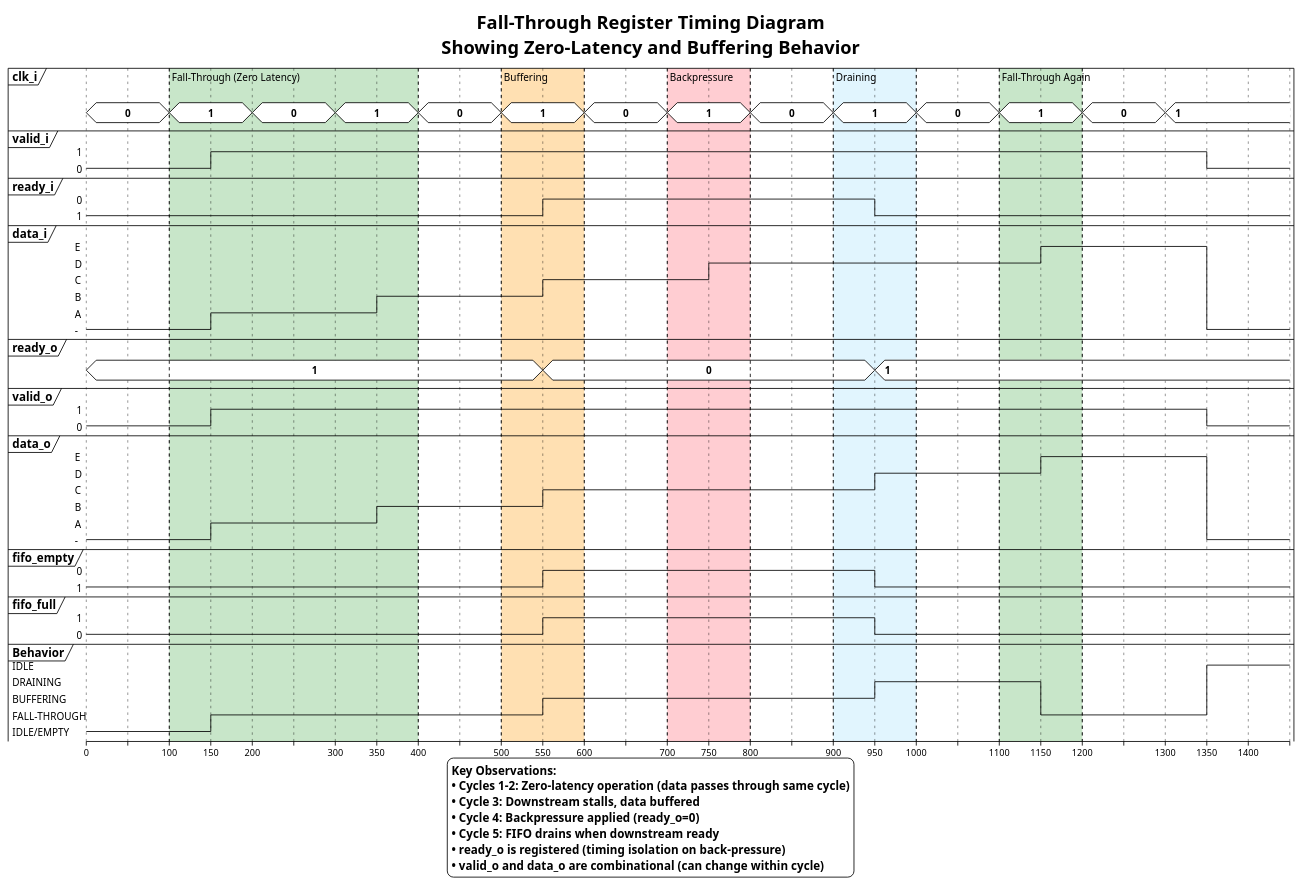
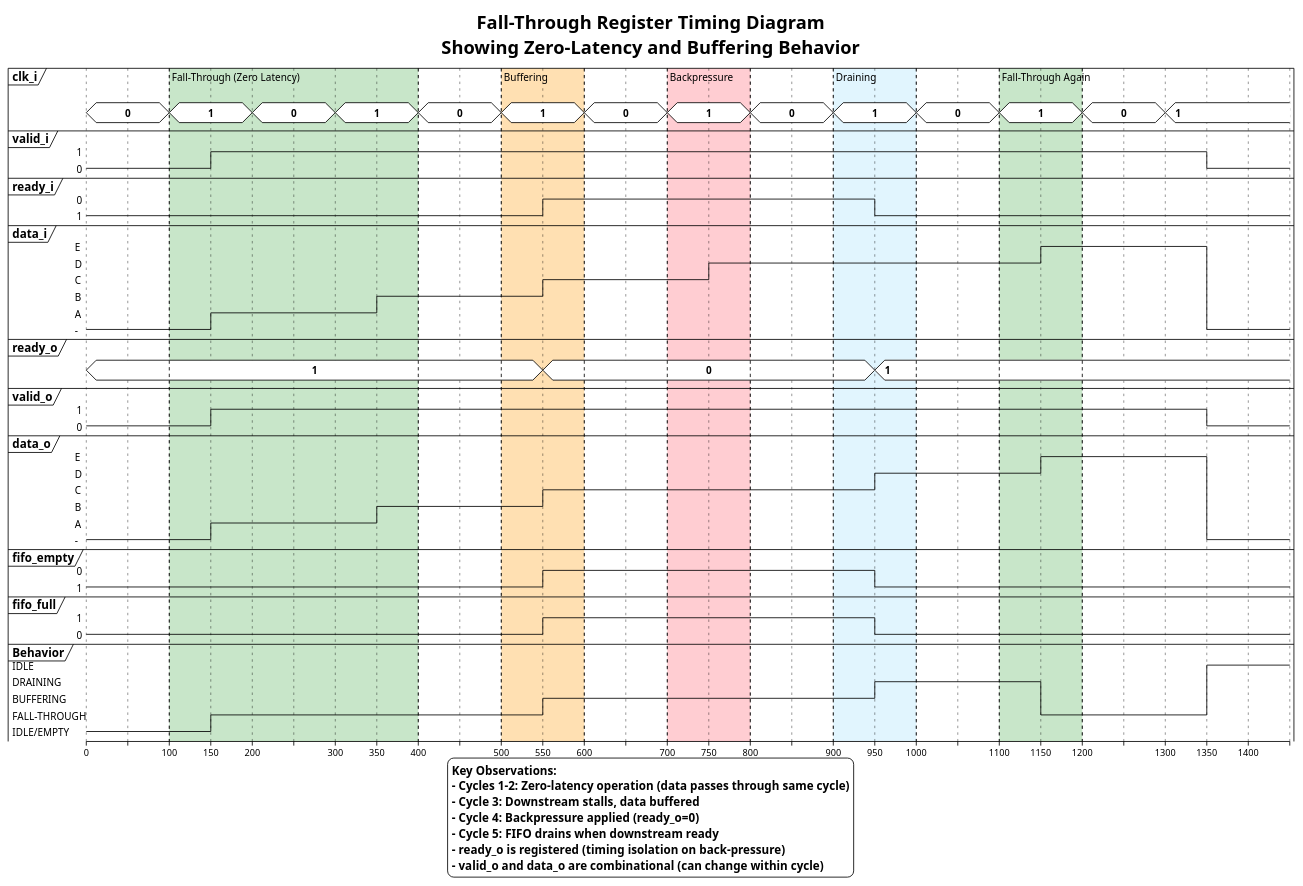
One commit to npcarter2025/axi-apb-bridge-uvm changed the diagram in docs/diagrams/fall_through_register/timing.puml. Above: the diagram before and after it, drawn with PlantUML. The commit also changed 5 other files, not shown here.

```diff
--- a/docs/diagrams/fall_through_register/timing.puml
+++ b/docs/diagrams/fall_through_register/timing.puml
@@ -1,141 +1,141 @@
 @startuml fall_through_register_timing
 !theme plain
 skinparam backgroundColor #FFFFFF
 skinparam shadowing false
 
 title Fall-Through Register Timing Diagram\nShowing Zero-Latency and Buffering Behavior
 
 concise "clk_i" as clk
 robust "valid_i" as valid_i
 robust "ready_i" as ready_i
 robust "data_i" as data_i
 concise "ready_o" as ready_o
 robust "valid_o" as valid_o
 robust "data_o" as data_o
 robust "fifo_empty" as empty
 robust "fifo_full" as full
 robust "Behavior" as behavior
 
 @0
 clk is 0
 valid_i is 0
 ready_i is 1
 data_i is "-"
 ready_o is 1
 valid_o is 0
 data_o is "-"
 empty is 1
 full is 0
 behavior is "IDLE/EMPTY"
 
 ' Cycle 1: Fall-through scenario (downstream ready)
 @100
 clk is 1
 @150
 valid_i is 1
 data_i is "A"
 valid_o is 1
 data_o is "A"
 behavior is "FALL-THROUGH"
 
 note bottom of behavior : Zero Latency: Data A passes through immediately\nbecause FIFO is empty and ready_i=1
 
 @200
 clk is 0
 
 ' Cycle 2: Continue fall-through
 @300
 clk is 1
 @350
 data_i is "B"
 data_o is "B"
 
 @400
 clk is 0
 
 ' Cycle 3: Downstream stalls - buffer fills
 @500
 clk is 1
 @550
 ready_i is 0
 data_i is "C"
 data_o is "C"
 ready_o is 0
 empty is 0
 full is 1
 behavior is "BUFFERING"
 
 note bottom of behavior : Data C stored: Downstream not ready,\ndata buffered in FIFO, ready_o drops
 
 @600
 clk is 0
 
 ' Cycle 4: FIFO full, cannot accept new data
 @700
 clk is 1
 @750
 data_i is "D"
 valid_o is 1
 data_o is "C"
 
 note bottom of behavior : Backpressure: FIFO full, ready_o=0\nData D rejected, output still shows C
 
 @800
 clk is 0
 
 ' Cycle 5: Downstream becomes ready, drain FIFO
 @900
 clk is 1
 @950
 ready_i is 1
 data_o is "D"
 ready_o is 1
 empty is 1
 full is 0
 behavior is "DRAINING"
 
 note bottom of behavior : FIFO drains: C consumed, D now falls through
 
 @1000
 clk is 0
 
 ' Cycle 6: Back to normal fall-through
 @1100
 clk is 1
 @1150
 data_i is "E"
 data_o is "E"
 behavior is "FALL-THROUGH"
 
 @1200
 clk is 0
 
 ' Cycle 7: valid_i drops
 @1300
 clk is 1
 @1350
 valid_i is 0
 valid_o is 0
 data_i is "-"
 data_o is "-"
 behavior is "IDLE"
 
 @1400
 
 highlight 100 to 400 #C8E6C9 : Fall-Through (Zero Latency)
 highlight 500 to 600 #FFE0B2 : Buffering
 highlight 700 to 800 #FFCDD2 : Backpressure
 highlight 900 to 1000 #E1F5FE : Draining
 highlight 1100 to 1200 #C8E6C9 : Fall-Through Again
 
 legend bottom
     <b>Key Observations:</b>
-    • Cycles 1-2: Zero-latency operation (data passes through same cycle)
-    • Cycle 3: Downstream stalls, data buffered
-    • Cycle 4: Backpressure applied (ready_o=0)
-    • Cycle 5: FIFO drains when downstream ready
-    • ready_o is registered (timing isolation on back-pressure)
-    • valid_o and data_o are combinational (can change within cycle)
+    - Cycles 1-2: Zero-latency operation (data passes through same cycle)
+    - Cycle 3: Downstream stalls, data buffered
+    - Cycle 4: Backpressure applied (ready_o=0)
+    - Cycle 5: FIFO drains when downstream ready
+    - ready_o is registered (timing isolation on back-pressure)
+    - valid_o and data_o are combinational (can change within cycle)
 end legend
 
 @enduml
```
